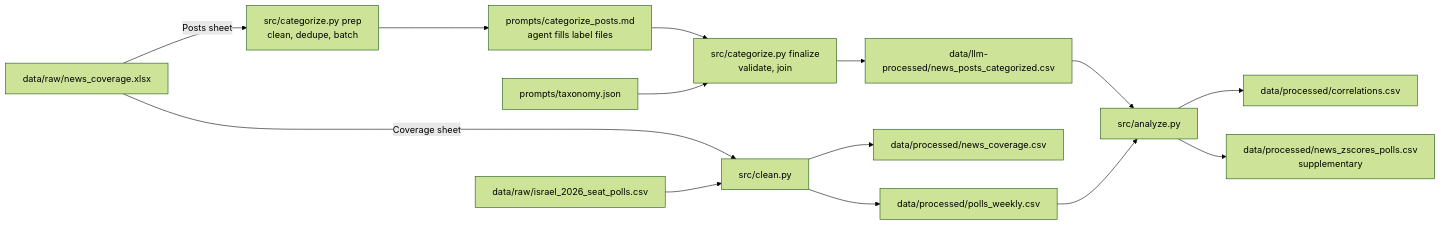
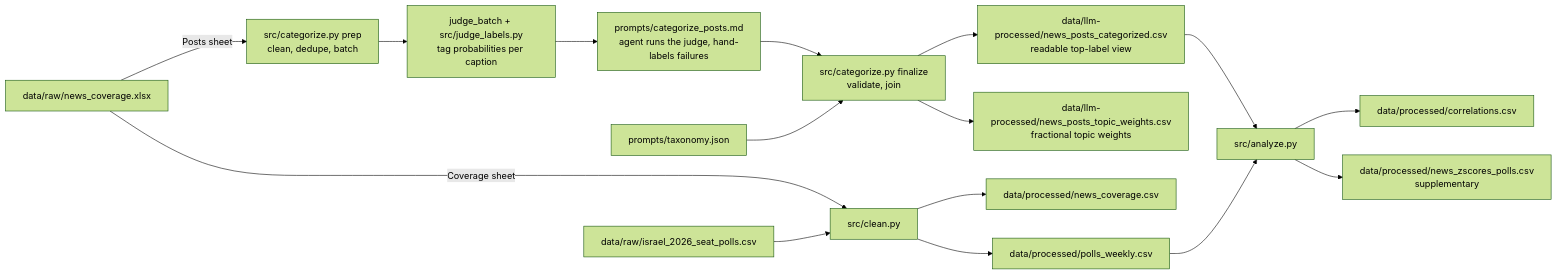
Before and after one commit to asfuna/news-polls-correlation: the diagram in README.md, drawn with Mermaid (forest theme). The commit also changed other lines of this file and 9 other files, not shown here.

````diff
--- a/README.md
+++ b/README.md
@@ -18,16 +18,18 @@
 ```mermaid
 flowchart LR
   WORKBOOK["data/raw/news_coverage.xlsx"] -->|Posts sheet| PREP["src/categorize.py prep<br/>clean, dedupe, batch"]
-  PREP --> PROMPT["prompts/categorize_posts.md<br/>agent fills label files"]
+  PREP --> JUDGE["judge_batch + src/judge_labels.py<br/>tag probabilities per caption"]
+  JUDGE --> PROMPT["prompts/categorize_posts.md<br/>agent runs the judge, hand-labels failures"]
   PROMPT --> FINALIZE["src/categorize.py finalize<br/>validate, join"]
   TAXONOMY["prompts/taxonomy.json"] --> FINALIZE
-  FINALIZE --> LLM["data/llm-processed/news_posts_categorized.csv"]
+  FINALIZE --> CATEGORIZED["data/llm-processed/news_posts_categorized.csv<br/>readable top-label view"]
+  FINALIZE --> WEIGHTS["data/llm-processed/news_posts_topic_weights.csv<br/>fractional topic weights"]
   WORKBOOK -->|Coverage sheet| CLEAN
   POLLS["data/raw/israel_2026_seat_polls.csv"] --> CLEAN["src/clean.py"]
   CLEAN --> COVERAGE["data/processed/news_coverage.csv"]
   CLEAN --> WEEKLY_POLLS["data/processed/polls_weekly.csv"]
-  LLM --> ANALYZE["src/analyze.py"]
+  CATEGORIZED --> ANALYZE["src/analyze.py"]
   WEEKLY_POLLS --> ANALYZE
   ANALYZE --> CORRELATIONS["data/processed/correlations.csv"]
   ANALYZE --> ZSCORES["data/processed/news_zscores_polls.csv<br/>supplementary"]
 ```
````
